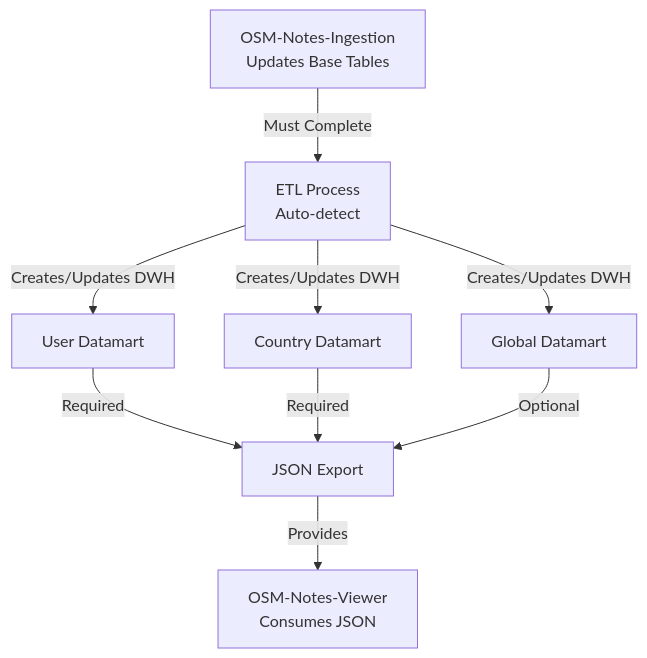
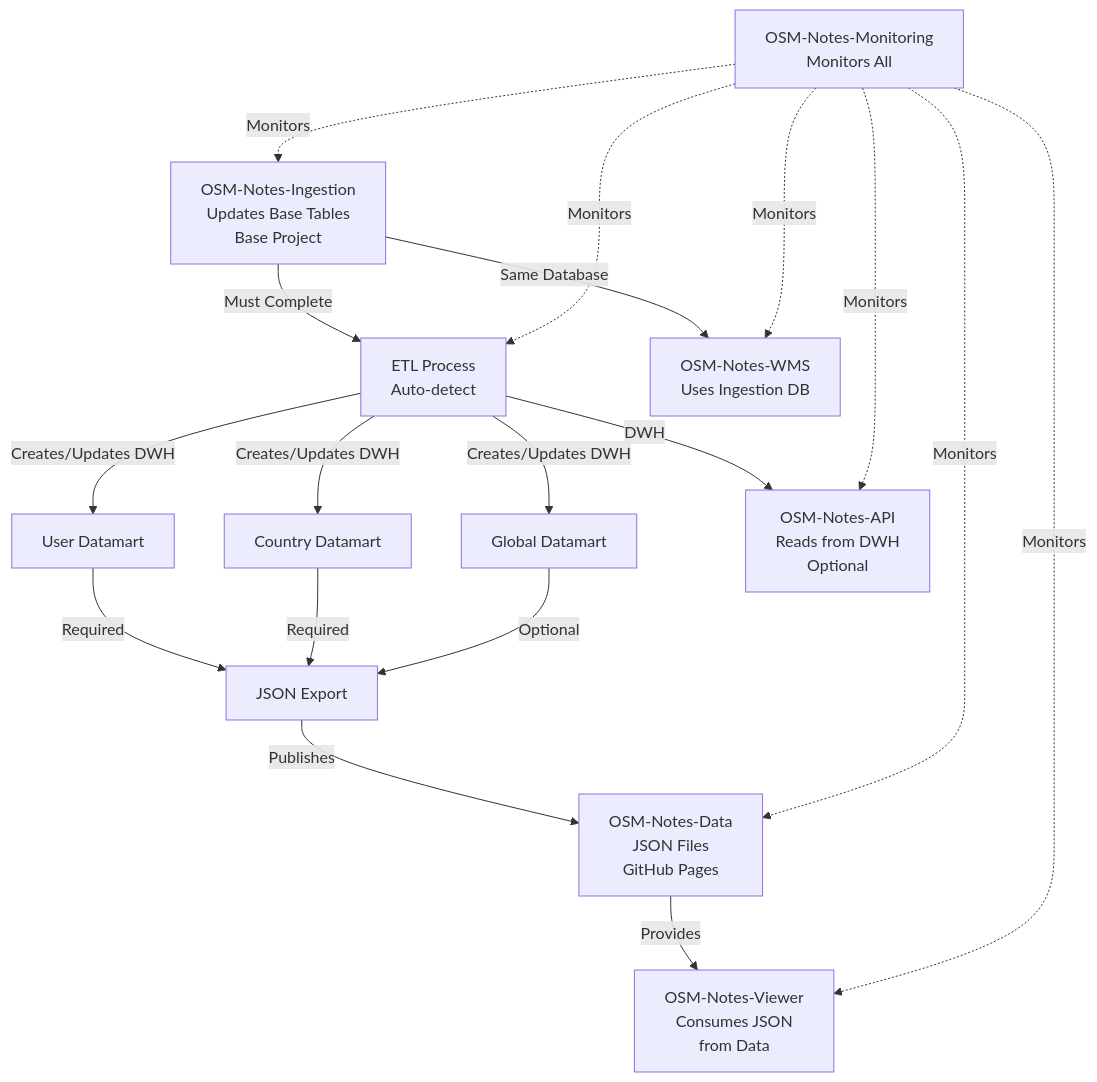
Before and after one commit to OSMLatam/OSM-Notes-Analytics: the fourth of 7 diagrams in docs/Deployment_Diagram.md, drawn with Mermaid. The commit also changed other lines of this file and 1 other file, not shown here.

First line of the commit message:
docs: Update architecture and deployment diagrams to reflect OSM Notes ecosystem enhancements

````diff
--- a/docs/Deployment_Diagram.md
+++ b/docs/Deployment_Diagram.md
@@ -231,26 +244,40 @@
 ```mermaid
 graph TD
-    INGESTION[OSM-Notes-Ingestion<br/>Updates Base Tables]
+    INGESTION[OSM-Notes-Ingestion<br/>Updates Base Tables<br/>Base Project]
 
     ETL[ETL Process<br/>Auto-detect]
 
     DATAMART_USERS[User Datamart]
     DATAMART_COUNTRIES[Country Datamart]
     DATAMART_GLOBAL[Global Datamart]
 
     EXPORT[JSON Export]
 
-    VIEWER[OSM-Notes-Viewer<br/>Consumes JSON]
+    DATA[OSM-Notes-Data<br/>JSON Files<br/>GitHub Pages]
+    VIEWER[OSM-Notes-Viewer<br/>Consumes JSON<br/>from Data]
+    API[OSM-Notes-API<br/>Reads from DWH<br/>Optional]
+    WMS[OSM-Notes-WMS<br/>Uses Ingestion DB]
+    MONITORING[OSM-Notes-Monitoring<br/>Monitors All]
 
     INGESTION -->|Must Complete| ETL
+    INGESTION -->|Same Database| WMS
 
     ETL -->|Creates/Updates DWH| DATAMART_USERS
     ETL -->|Creates/Updates DWH| DATAMART_COUNTRIES
     ETL -->|Creates/Updates DWH| DATAMART_GLOBAL
 
     DATAMART_USERS -->|Required| EXPORT
     DATAMART_COUNTRIES -->|Required| EXPORT
     DATAMART_GLOBAL -->|Optional| EXPORT
 
-    EXPORT -->|Provides| VIEWER
+    EXPORT -->|Publishes| DATA
+    DATA -->|Provides| VIEWER
+    ETL -->|DWH| API
+
+    MONITORING -.->|Monitors| INGESTION
+    MONITORING -.->|Monitors| ETL
+    MONITORING -.->|Monitors| DATA
+    MONITORING -.->|Monitors| VIEWER
+    MONITORING -.->|Monitors| API
+    MONITORING -.->|Monitors| WMS
 ```
````
